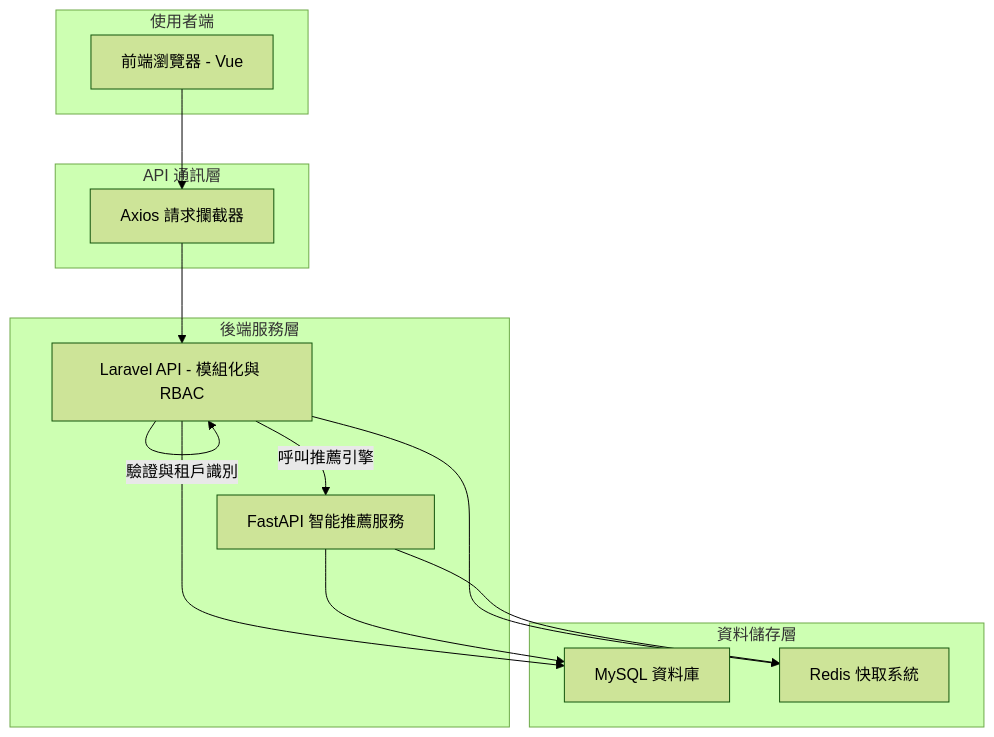
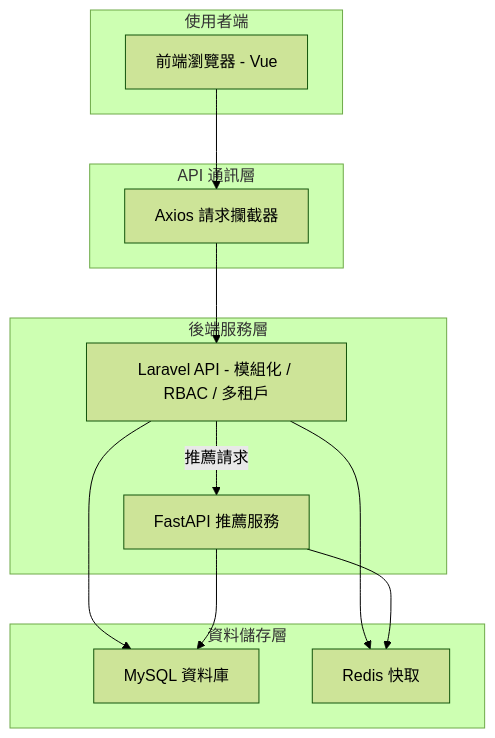
One commit to BpsEason/modular-dining-system changed the diagram in README.md. Above: the diagram before and after it, drawn with Mermaid (forest theme).

````diff
--- a/README.md
+++ b/README.md
@@ -28,30 +28,30 @@
 ```mermaid
 graph TB
   subgraph 使用者端
     BROWSER[前端瀏覽器 - Vue]
   end
 
   subgraph API 通訊層
     AXIOS[Axios 請求攔截器]
   end
 
   subgraph 後端服務層
-    LARAVEL[Laravel API - 模組化與 RBAC]
-    FASTAPI[FastAPI 智能推薦服務]
+    LARAVEL[Laravel API - 模組化 / RBAC / 多租戶]
+    FASTAPI[FastAPI 推薦服務]
   end
 
   subgraph 資料儲存層
     MYSQL[MySQL 資料庫]
-    REDIS[Redis 快取系統]
+    REDIS[Redis 快取]
   end
 
   BROWSER --> AXIOS
   AXIOS --> LARAVEL
-  LARAVEL -->|驗證與租戶識別| LARAVEL
-  LARAVEL -->|呼叫推薦引擎| FASTAPI
+  LARAVEL -->|推薦請求| FASTAPI
   LARAVEL --> MYSQL
   LARAVEL --> REDIS
   FASTAPI --> REDIS
   FASTAPI --> MYSQL
 
+
 ```
````
